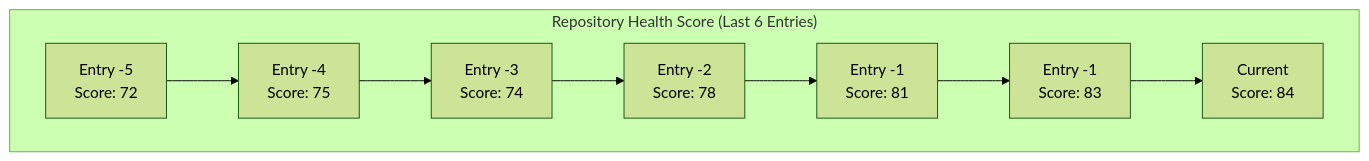
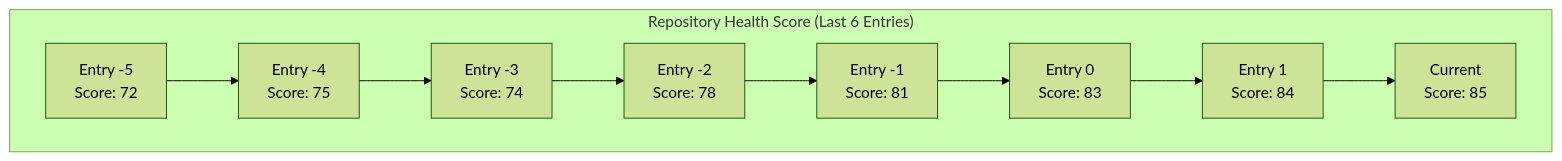
One commit to lnittman/webs-xyz changed the first of 4 diagrams in docs/state/metrics-dashboard.md. Above: the diagram before and after it, drawn with Mermaid (forest theme). The commit also changed other lines of this file and 23 other files, not shown here.

````diff
--- a/docs/state/metrics-dashboard.md
+++ b/docs/state/metrics-dashboard.md
@@ -4,19 +5,21 @@
 ```mermaid
 graph TD
   subgraph "Repository Health Score (Last 6 Entries)"
     E1[Entry -5\nScore: 72]
     E2[Entry -4\nScore: 75]
     E3[Entry -3\nScore: 74]
     E4[Entry -2\nScore: 78]
     E5[Entry -1\nScore: 81]
-    E6[Entry -1\nScore: 83]
-    E7[Current\nScore: 84]
+    E6[Entry 0\nScore: 83]
+    E7[Entry 1\nScore: 84]
+    E8[Current\nScore: 85]
 
     E1 --> E2
     E2 --> E3
     E3 --> E4
     E4 --> E5
     E5 --> E6
     E6 --> E7
+    E7 --> E8
   end
 ```
````
